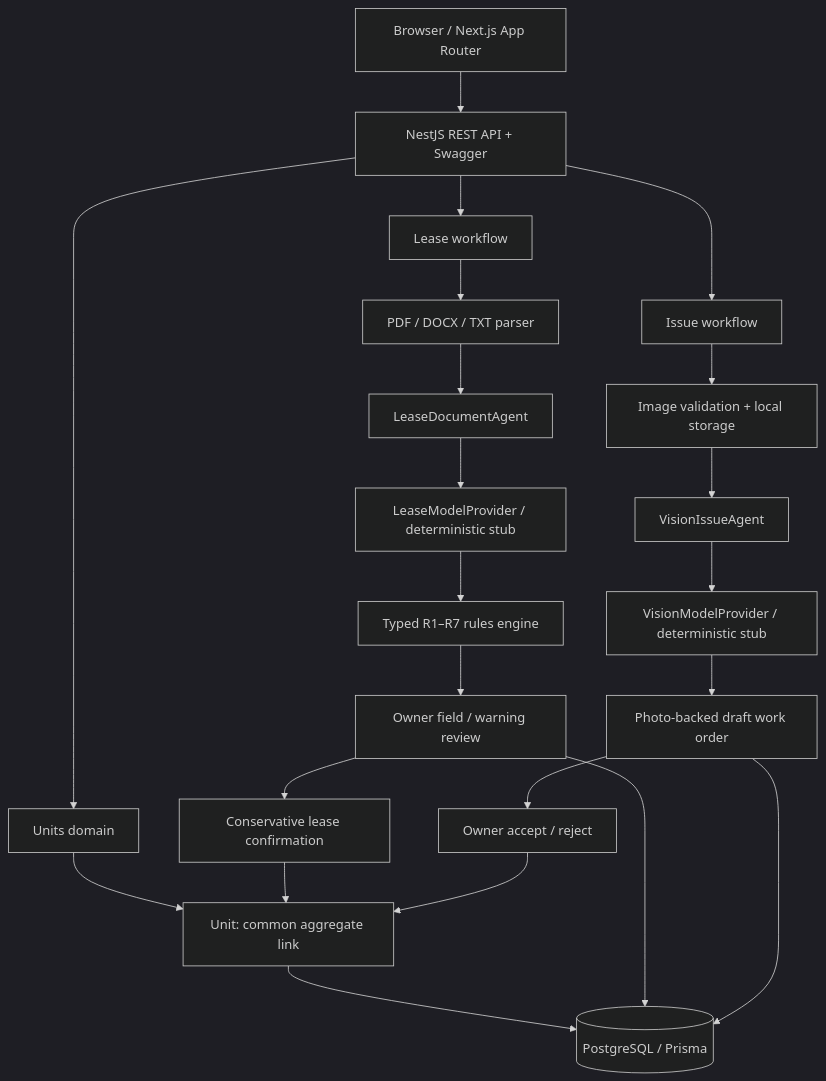
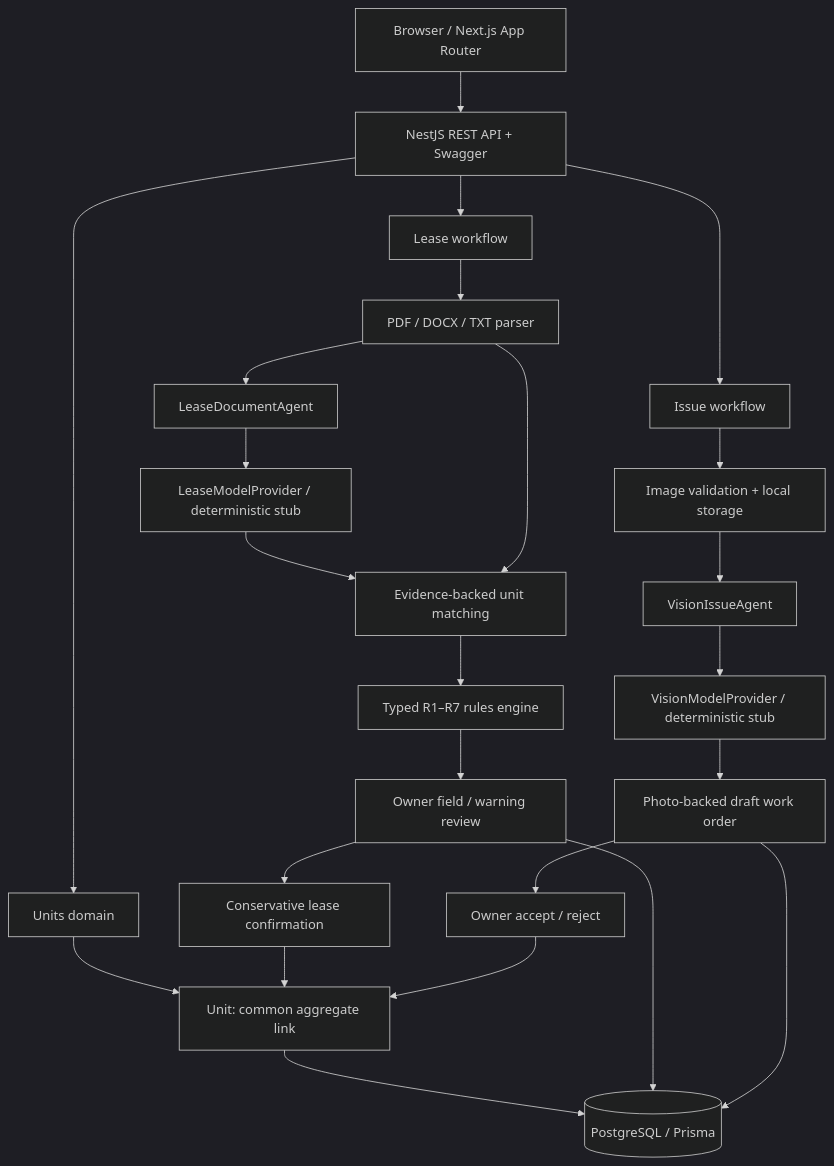
The diagram in README.md (ArunAugustinJose/lease-issue-agent), drawn with Mermaid (dark theme) before and after one commit. The commit also changed other lines of this file, not shown here.

````diff
--- a/README.md
+++ b/README.md
@@ -93,24 +93,26 @@
 ```mermaid
 flowchart TD
   Browser[Browser / Next.js App Router] --> API[NestJS REST API + Swagger]
   API --> Units[Units domain]
   API --> Lease[Lease workflow]
   API --> Issue[Issue workflow]
   Lease --> Parser[PDF / DOCX / TXT parser]
   Parser --> LA[LeaseDocumentAgent]
   LA --> LP[LeaseModelProvider / deterministic stub]
-  LP --> Rules[Typed R1–R7 rules engine]
+  LP --> Match[Evidence-backed unit matching]
+  Parser --> Match
+  Match --> Rules[Typed R1–R7 rules engine]
   Rules --> Review[Owner field / warning review]
   Review --> Link[Conservative lease confirmation]
   Issue --> Storage[Image validation + local storage]
   Storage --> VA[VisionIssueAgent]
   VA --> VP[VisionModelProvider / deterministic stub]
   VP --> Draft[Photo-backed draft work order]
   Draft --> Decision[Owner accept / reject]
   Units --> Unit[Unit: common aggregate link]
   Link --> Unit
   Decision --> Unit
   Unit --> DB[(PostgreSQL / Prisma)]
   Review --> DB
   Draft --> DB
 ```
````
